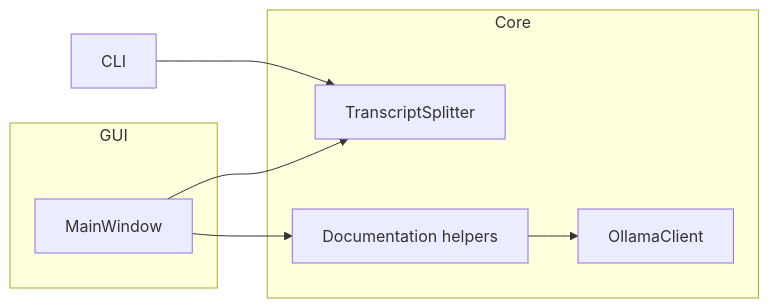
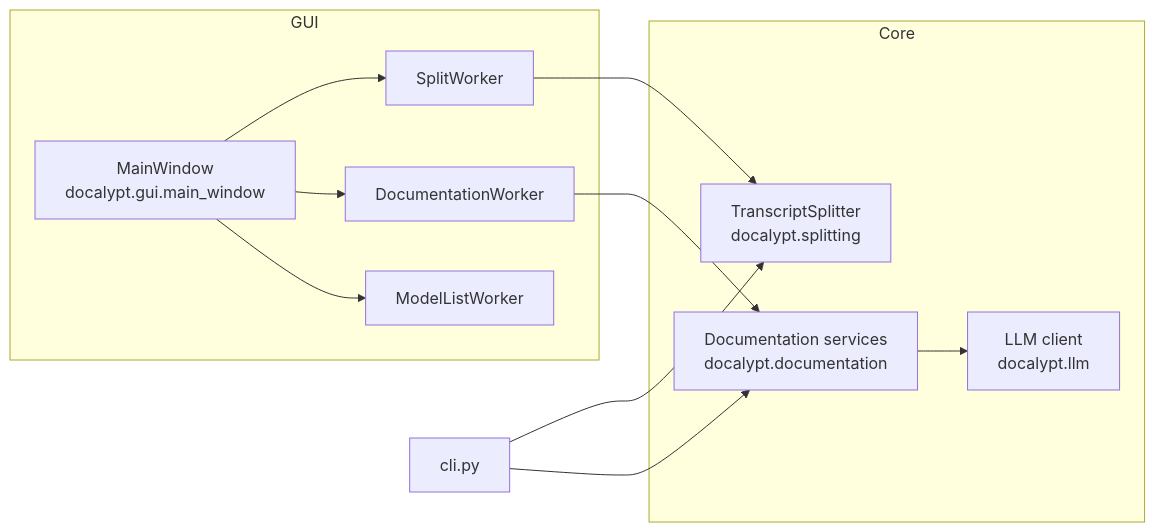
One commit to CagriCatik/Docalypt changed the first of 3 diagrams in docs/ARCHITECTURE.md. Above: the diagram before and after it, drawn with Mermaid. The commit also changed other lines of this file and 77 other files, not shown here.

````diff
--- a/docs/ARCHITECTURE.md
+++ b/docs/ARCHITECTURE.md
@@ -13,19 +13,27 @@
 ```mermaid
 graph LR
     subgraph Core
-        S[TranscriptSplitter]
-        D[Documentation helpers]
-        O[OllamaClient]
+        S[TranscriptSplitter<br/>docalypt.splitting]
+        D[Documentation services<br/>docalypt.documentation]
+        O[LLM client<br/>docalypt.llm]
     end
 
     subgraph GUI
-        MW[MainWindow]
+        MW[MainWindow<br/>docalypt.gui.main_window]
+        SW[SplitWorker]
+        DW[DocumentationWorker]
+        MLW[ModelListWorker]
     end
 
-    CLI[CLI]
+    CLI[cli.py]
 
     CLI --> S
-    MW --> S
-    MW --> D
+    CLI --> D
+    MW --> SW
+    MW --> DW
+    MW --> MLW
+
+    SW --> S
+    DW --> D
     D --> O
 ```
````
